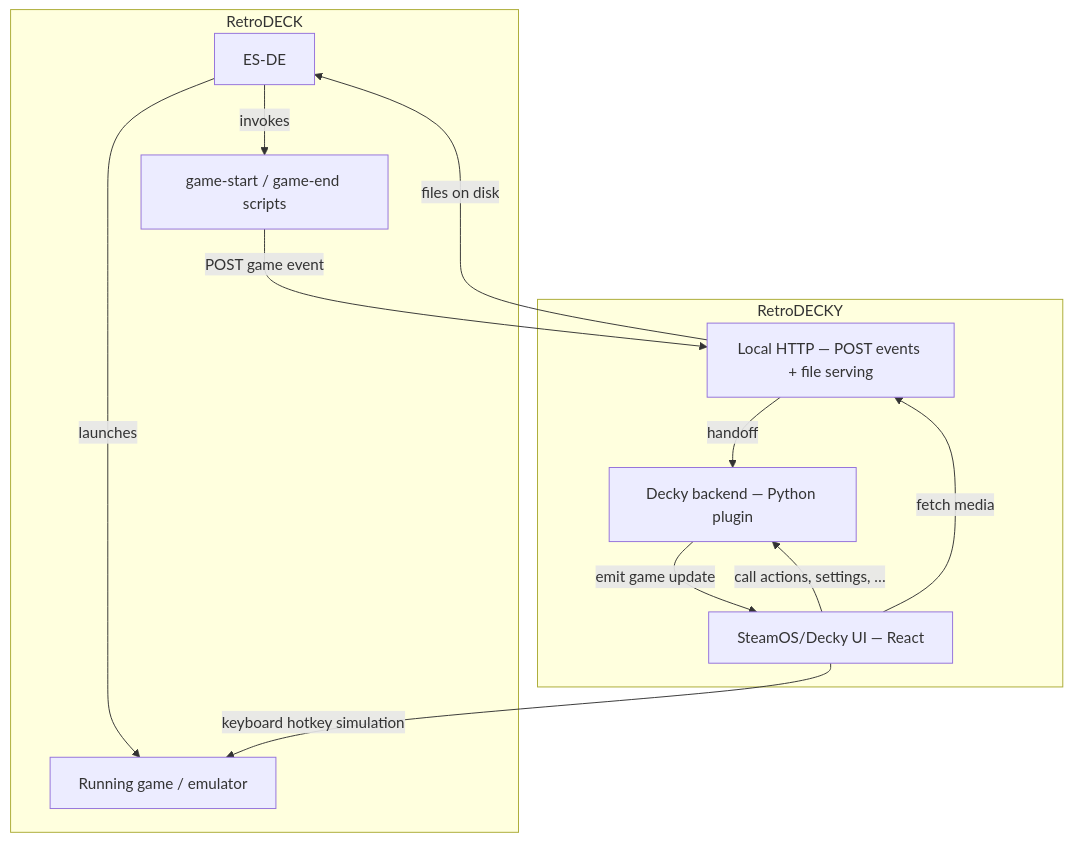
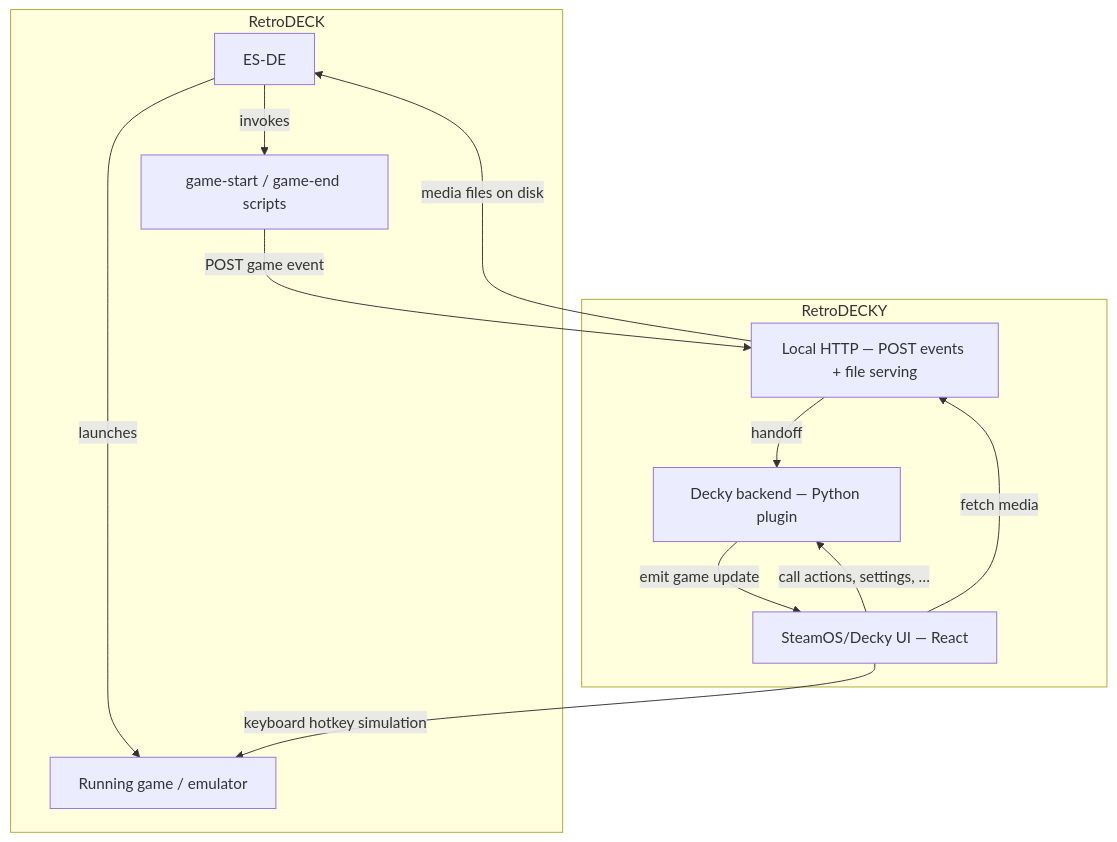
Before and after one commit to Teppichseite/RetroDECKY: the diagram in README.md, drawn with Mermaid.

````diff
--- a/README.md
+++ b/README.md
@@ -137,24 +137,24 @@
 ```mermaid
 flowchart TB
     subgraph retrodeck["RetroDECK"]
         ES["ES-DE"]
         Game["Running game / emulator"]
         Scripts["game-start / game-end scripts"]
     end
 
     subgraph plugin["RetroDECKY"]
         UI["SteamOS/Decky UI — React"]
         HTTP["Local HTTP — POST events + file serving"]
         BE["Decky backend — Python plugin"]
     end
 
     ES -->|"launches"| Game
     ES -->|"invokes"| Scripts
     Scripts -->|"POST game event"| HTTP
     HTTP -->|"handoff"| BE
     BE -->|"emit game update"| UI
     UI -->|"call actions, settings, …"| BE
     UI -->|"fetch media"| HTTP
-    HTTP -->|"files on disk"| ES
+    HTTP -->|"media files on disk"| ES
     UI -->|"keyboard hotkey simulation"| Game
 ```
````
